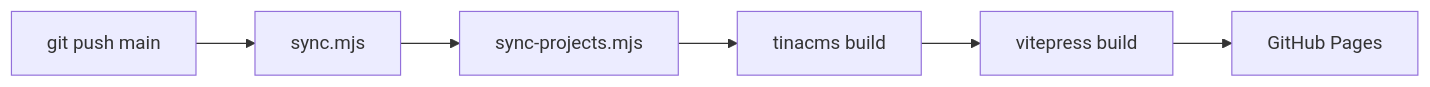
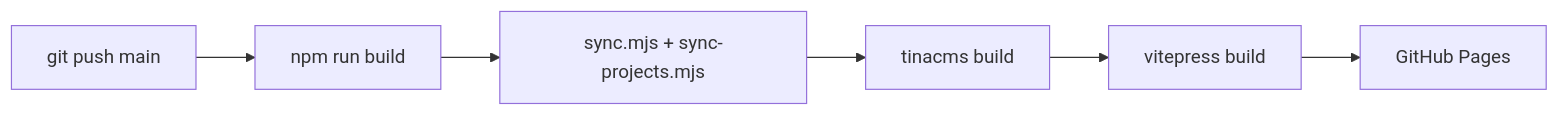
One commit to K-zhaochao/Draven-Blogs changed the diagram in README_en.md. Above: the diagram before and after it, drawn with Mermaid. The commit also changed other lines of this file and 3 other files, not shown here.

````diff
--- a/README_en.md
+++ b/README_en.md
@@ -124,8 +138,8 @@
 ```mermaid
 graph LR
-    A[git push main] --> B[sync.mjs]
-    B --> C[sync-projects.mjs]
+    A[git push main] --> B[npm run build]
+    B --> C[sync.mjs + sync-projects.mjs]
     C --> D[tinacms build]
     D --> E[vitepress build]
     E --> F[GitHub Pages]
 ```
````
